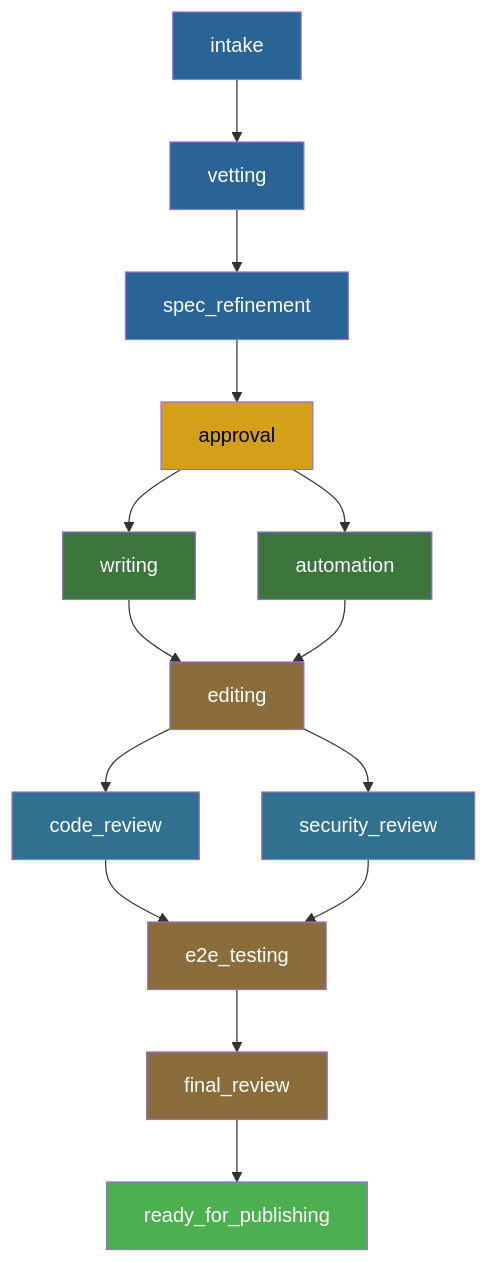
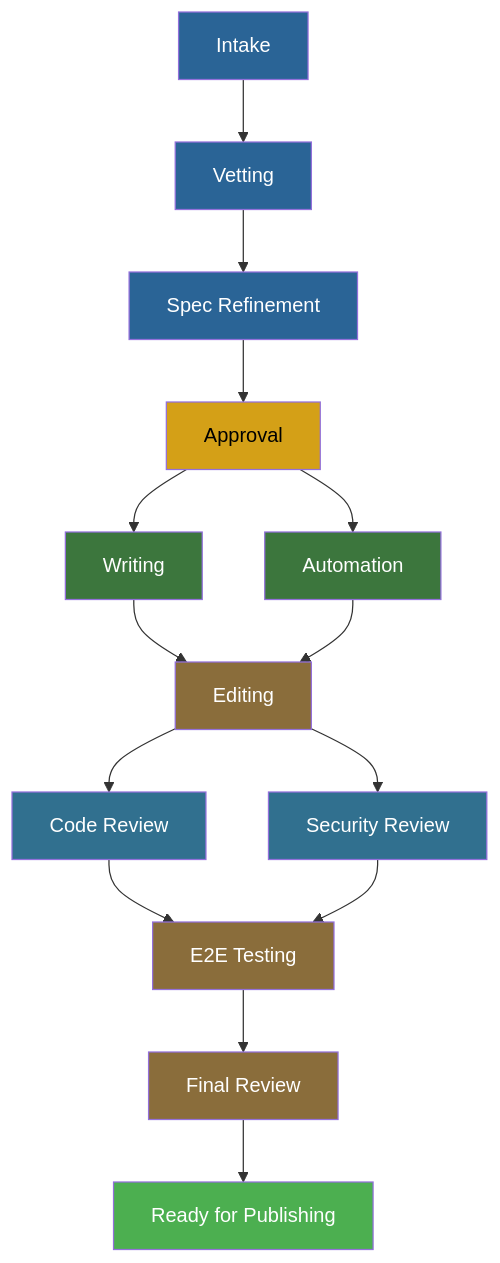
The diagram in docs/architecture/lifecycle-phases.md (treddy08/rhdp-publishing-house), drawn with Mermaid before and after one commit. The commit also changed other lines of this file, not shown here.

First line of the commit message:
[RHDPCD-47] Rewrite lifecycle-phases with review feedback

````diff
--- a/docs/architecture/lifecycle-phases.md
+++ b/docs/architecture/lifecycle-phases.md
@@ -44,34 +36,34 @@
 ```mermaid
 flowchart TD
-    intake[intake] --> vetting[vetting]
-    vetting --> spec_refinement[spec_refinement]
-    spec_refinement --> approval[approval]
+    intake[Intake] --> vetting[Vetting]
+    vetting --> spec_refinement[Spec Refinement]
+    spec_refinement --> approval[Approval]
 
-    approval --> writing[writing]
-    approval --> automation[automation]
+    approval --> writing[Writing]
+    approval --> automation[Automation]
 
-    writing --> editing[editing]
+    writing --> editing[Editing]
     automation --> editing
 
-    editing --> code_review[code_review]
-    editing --> security_review[security_review]
+    editing --> code_review[Code Review]
+    editing --> security_review[Security Review]
 
-    code_review --> e2e_testing[e2e_testing]
+    code_review --> e2e_testing[E2E Testing]
     security_review --> e2e_testing
 
-    e2e_testing --> final_review[final_review]
-    final_review --> ready_for_publishing[ready_for_publishing]
+    e2e_testing --> final_review[Final Review]
+    final_review --> ready_for_publishing[Ready for Publishing]
 
     style intake fill:#2a6496,color:#fff
     style vetting fill:#2a6496,color:#fff
     style spec_refinement fill:#2a6496,color:#fff
     style approval fill:#d4a017,color:#000
     style writing fill:#3c763d,color:#fff
     style automation fill:#3c763d,color:#fff
     style editing fill:#8a6d3b,color:#fff
     style code_review fill:#31708f,color:#fff
     style security_review fill:#31708f,color:#fff
     style e2e_testing fill:#8a6d3b,color:#fff
     style final_review fill:#8a6d3b,color:#fff
     style ready_for_publishing fill:#4caf50,color:#fff
 ```
````
